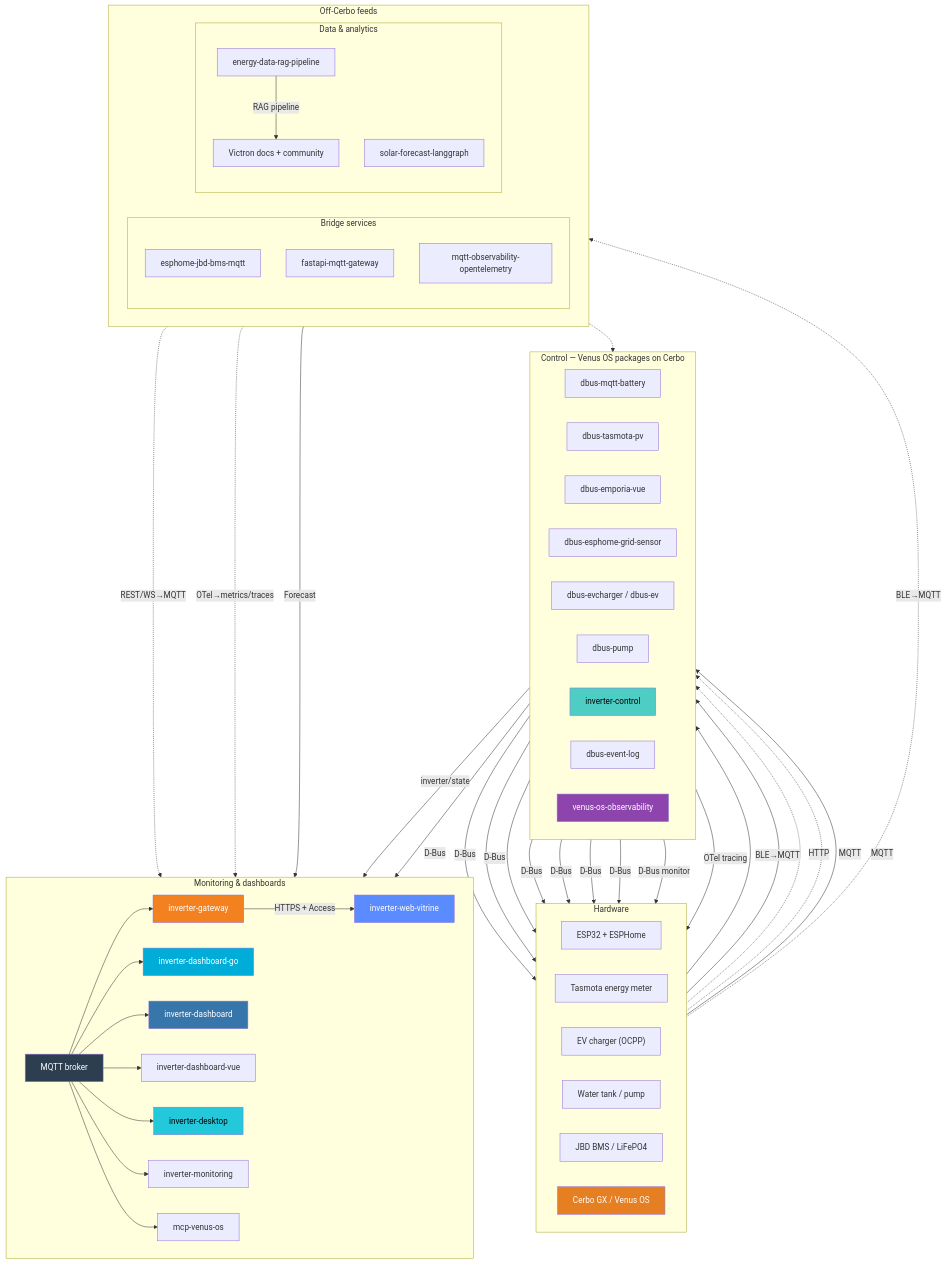
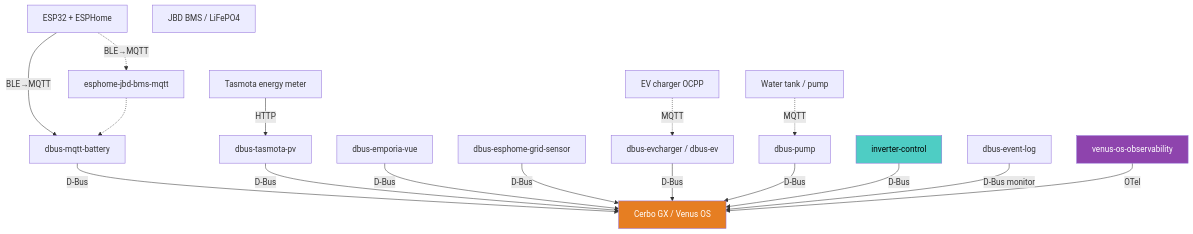
One commit to victron-venus/.github changed the first of 3 diagrams in docs/architecture.md. Above: the diagram before and after it, drawn with Mermaid. The commit also changed other lines of this file, not shown here.

Commit message:
docs: split architecture into narrow vertical Mermaid diagrams (#21)
One wide TB/LR graph still fit-to-width on GitHub. Replace with three
tall, narrow flowcharts (plant→Cerbo, MQTT→UIs, RAG) and a table for
disconnected Dev & ops repos.

````diff
--- a/docs/architecture.md
+++ b/docs/architecture.md
@@ -25,67 +13,25 @@
 ```mermaid
 flowchart TB
-    subgraph HW["Hardware"]
-        direction LR
-        ESP["ESP32 + ESPHome"]
-        TAS["Tasmota energy meter"]
-        EVCHG["EV charger (OCPP)"]
-        PUMP["Water tank / pump"]
-        BMS["JBD BMS / LiFePO4"]
-        CERBO["Cerbo GX / Venus OS"]
-    end
+    ESP["ESP32 + ESPHome"]
+    TAS["Tasmota energy meter"]
+    EVCHG["EV charger OCPP"]
+    PUMP["Water tank / pump"]
+    BMS["JBD BMS / LiFePO4"]
 
-    subgraph CTL["Control — Venus OS packages on Cerbo"]
-        direction LR
-        BM["dbus-mqtt-battery"]
-        PV["dbus-tasmota-pv"]
-        EMP["dbus-emporia-vue"]
-        GRD["dbus-esphome-grid-sensor"]
-        EV["dbus-evcharger / dbus-ev"]
-        PMP["dbus-pump"]
-        IC["inverter-control"]
-        EL["dbus-event-log"]
-        OBS["venus-os-observability"]
-    end
+    ESP -->|"BLE→MQTT"| BM["dbus-mqtt-battery"]
+    ESP -.->|"BLE→MQTT"| ESPH["esphome-jbd-bms-mqtt"]
+    ESPH -.-> BM
+    TAS -->|"HTTP"| PV["dbus-tasmota-pv"]
+    EVCHG -.->|"MQTT"| EV["dbus-evcharger / dbus-ev"]
+    PUMP -.->|"MQTT"| PMP["dbus-pump"]
 
-    subgraph SIDE["Off-Cerbo feeds"]
-        direction LR
-        subgraph BRG["Bridge services"]
-            direction TB
-            ESPH["esphome-jbd-bms-mqtt"]
-            FG["fastapi-mqtt-gateway"]
-            MO["mqtt-observability-opentelemetry"]
-        end
-        subgraph DAT["Data & analytics"]
-            direction TB
-            RAG["energy-data-rag-pipeline"]
-            SF["solar-forecast-langgraph"]
-            DOCS["Victron docs + community"]
-        end
-    end
+    EMP["dbus-emporia-vue"]
+    GRD["dbus-esphome-grid-sensor"]
+    IC["inverter-control"]
+    EL["dbus-event-log"]
+    OBS["venus-os-observability"]
 
-    subgraph UI["Monitoring & dashboards"]
-        direction LR
-        MQTT["MQTT broker"]
-        IGW["inverter-gateway"]
-        VIT["inverter-web-vitrine"]
-        DGO["inverter-dashboard-go"]
-        DPY["inverter-dashboard"]
-        DVUE["inverter-dashboard-vue"]
-        DT["inverter-desktop"]
-        MON["inverter-monitoring"]
-        MCP["mcp-venus-os"]
-    end
-
-    %% Hardware / field → Venus packages
-    ESP -->|"BLE→MQTT"| BM
-    TAS -->|"HTTP"| PV
-    EVCHG -.->|"MQTT"| EV
-    PUMP -.->|"MQTT"| PMP
-    ESP -.->|"BLE→MQTT"| ESPH
-    ESPH -.-> BM
-
-    %% Packages ↔ Cerbo D-Bus
-    BM -->|"D-Bus"| CERBO
+    BM -->|"D-Bus"| CERBO["Cerbo GX / Venus OS"]
     PV -->|"D-Bus"| CERBO
     EMP -->|"D-Bus"| CERBO
     GRD -->|"D-Bus"| CERBO
@@ -93,34 +39,9 @@
     PMP -->|"D-Bus"| CERBO
     IC -->|"D-Bus"| CERBO
     EL -->|"D-Bus monitor"| CERBO
-    OBS -->|"OTel tracing"| CERBO
+    OBS -->|"OTel"| CERBO
 
-    %% Rank hint: keep HW above CTL above UI
-    HW --> CTL
-    CTL --> UI
-
-    IC -->|"inverter/state"| MQTT
-    FG -.->|"REST/WS→MQTT"| MQTT
-    MO -.->|"OTel→metrics/traces"| MQTT
-    SF -->|"Forecast"| MQTT
-    RAG -->|"RAG pipeline"| DOCS
-
-    MQTT --> IGW
-    IGW -->|"HTTPS + Access"| VIT
-    MQTT --> DGO
-    MQTT --> DPY
-    MQTT --> DVUE
-    MQTT --> DT
-    MQTT --> MON
-    MQTT --> MCP
-
+    style CERBO fill:#e67e22,color:#fff
     style IC fill:#4ecdc4,color:#000
-    style DGO fill:#00ADD8,color:#fff
-    style DPY fill:#3776ab,color:#fff
-    style DT fill:#24c8db,color:#000
     style OBS fill:#8e44ad,color:#fff
-    style IGW fill:#f48120,color:#fff
-    style VIT fill:#5b8cff,color:#fff
-    style CERBO fill:#e67e22,color:#fff
-    style MQTT fill:#2c3e50,color:#fff
 ```
````
